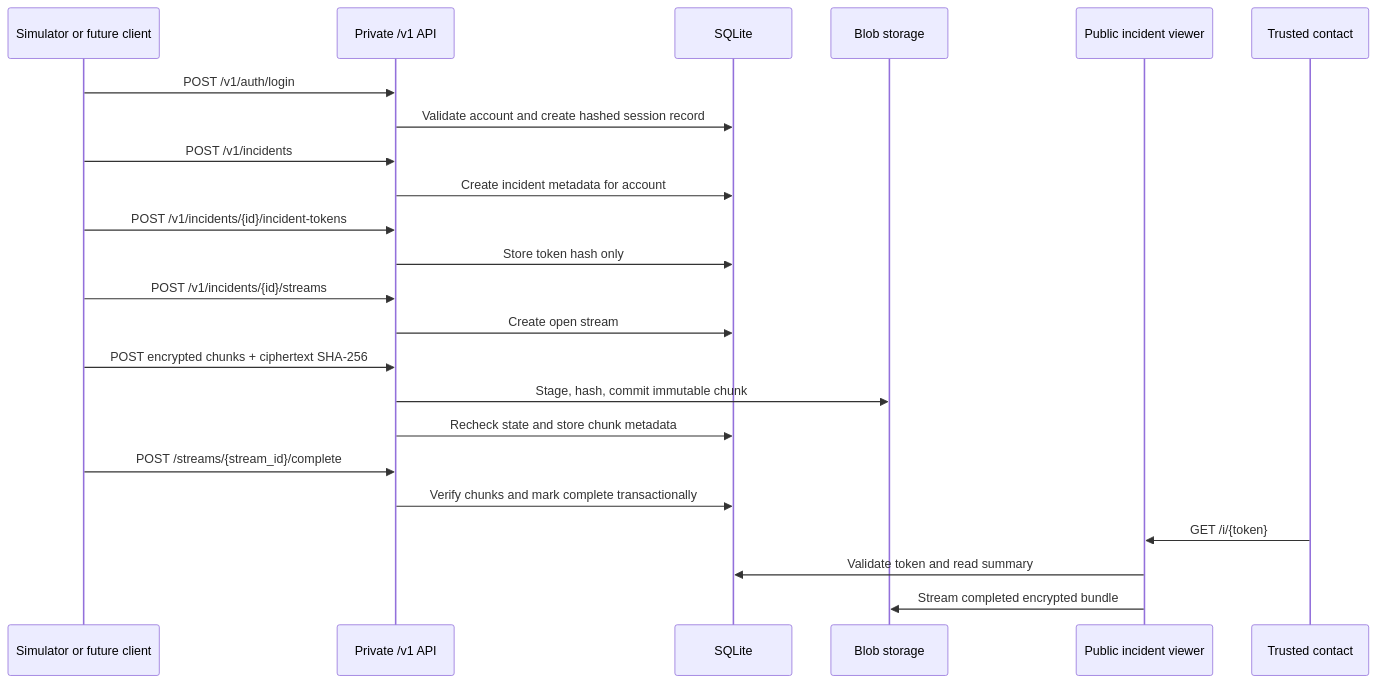
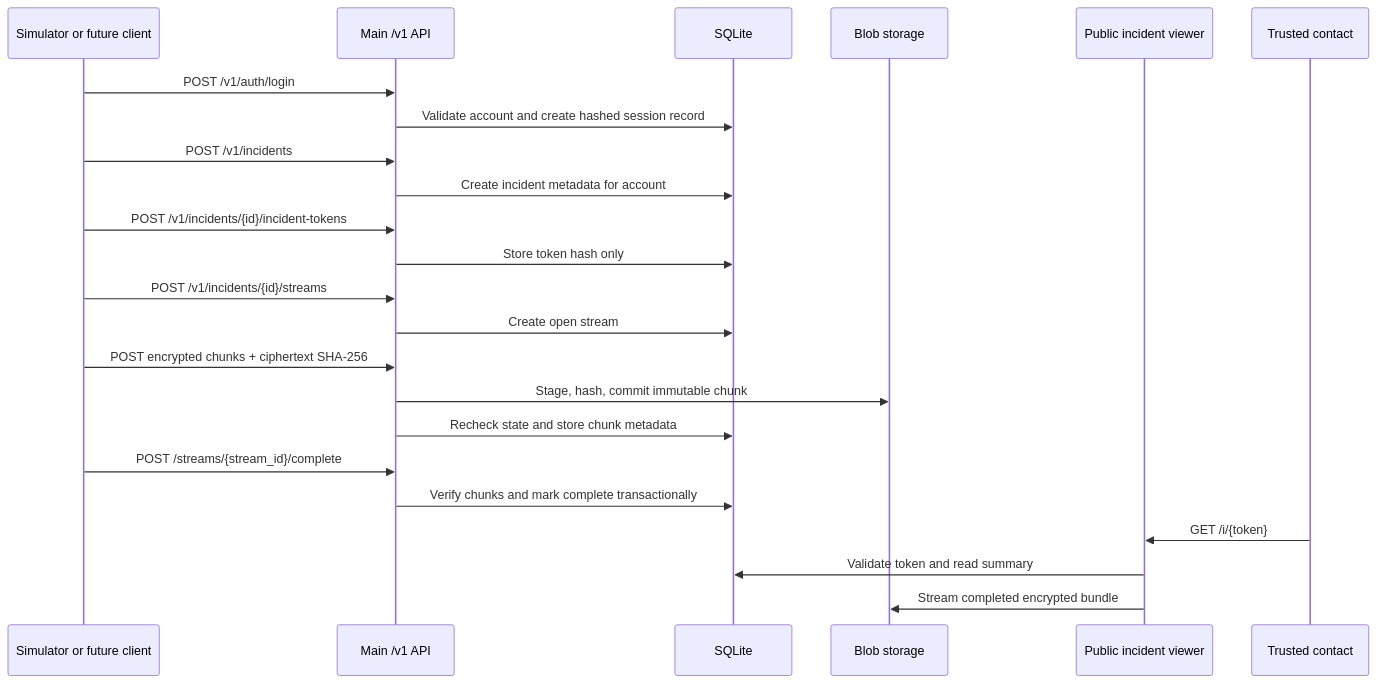
Before and after one commit to open-proofline/server: the third of 4 diagrams in docs/architecture.md, drawn with Mermaid. The commit also changed other lines of this file and 62 other files, not shown here.

````diff
--- a/docs/architecture.md
+++ b/docs/architecture.md
@@ -128,26 +134,26 @@
 ```mermaid
 sequenceDiagram
     participant Client as Simulator or future client
-    participant Private as Private /v1 API
+    participant Private as Main /v1 API
     participant DB as SQLite
     participant Blob as Blob storage
     participant Public as Public incident viewer
     participant Contact as Trusted contact
 
     Client->>Private: POST /v1/auth/login
     Private->>DB: Validate account and create hashed session record
     Client->>Private: POST /v1/incidents
     Private->>DB: Create incident metadata for account
     Client->>Private: POST /v1/incidents/{id}/incident-tokens
     Private->>DB: Store token hash only
     Client->>Private: POST /v1/incidents/{id}/streams
     Private->>DB: Create open stream
     Client->>Private: POST encrypted chunks + ciphertext SHA-256
     Private->>Blob: Stage, hash, commit immutable chunk
     Private->>DB: Recheck state and store chunk metadata
     Client->>Private: POST /streams/{stream_id}/complete
     Private->>DB: Verify chunks and mark complete transactionally
     Contact->>Public: GET /i/{token}
     Public->>DB: Validate token and read summary
     Public->>Blob: Stream completed encrypted bundle
 ```
````
